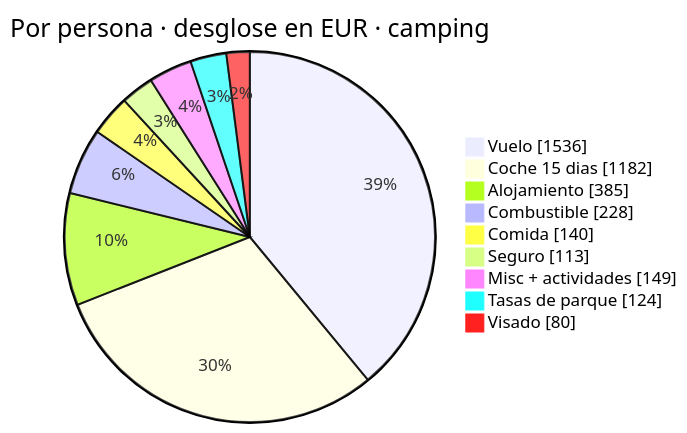
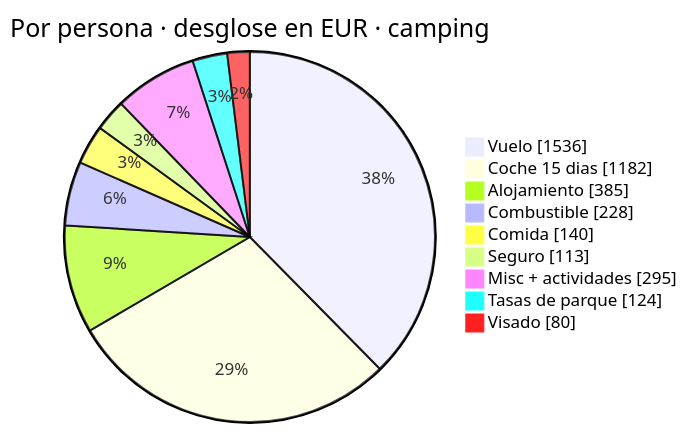
The third of 6 diagrams in README.md (morandeirachema/namibia), drawn with Mermaid before and after one commit. The commit also changed other lines of this file and 13 other files, not shown here.

````diff
--- a/README.md
+++ b/README.md
@@ -367,13 +367,13 @@
 ```mermaid
 pie showData
     title Por persona · desglose en EUR · camping
     "Vuelo" : 1536
     "Coche 15 dias" : 1182
     "Alojamiento" : 385
     "Combustible" : 228
     "Comida" : 140
     "Seguro" : 113
-    "Misc + actividades" : 149
+    "Misc + actividades" : 295
     "Tasas de parque" : 124
     "Visado" : 80
 ```
````
